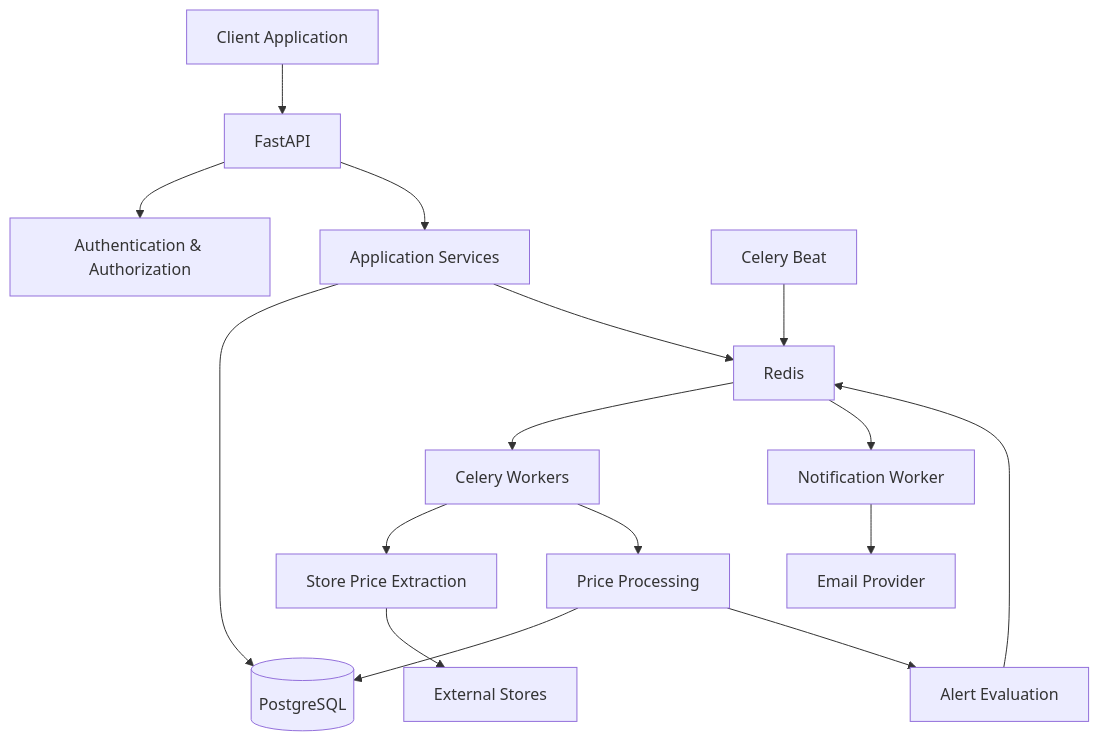
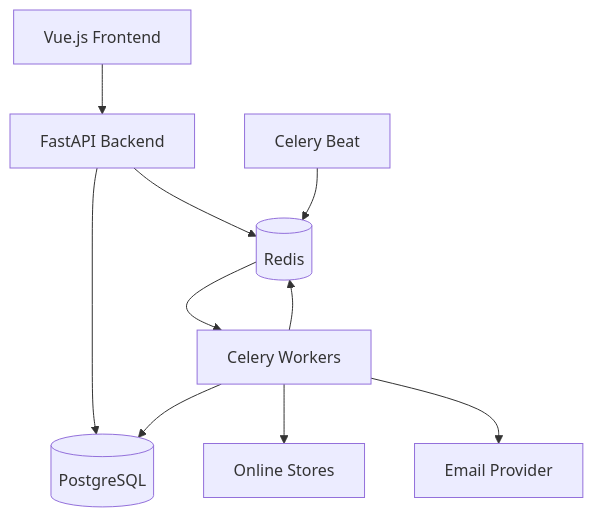
Before and after one commit to ar1jml/price-alerts: the diagram in README.md, drawn with Mermaid. The commit also changed other lines of this file, not shown here.

````diff
--- a/README.md
+++ b/README.md
@@ -69,18 +42,26 @@
 ```mermaid
 flowchart TD
-    A[Client Application] --> B[FastAPI]
-    B --> C[Authentication & Authorization]
-    B --> D[Application Services]
-    D --> E[(PostgreSQL)]
-    D --> F[Redis]
-    F --> G[Celery Workers]
-    H[Celery Beat] --> F
-    G --> I[Store Price Extraction]
-    I --> J[External Stores]
-    G --> K[Price Processing]
-    K --> E
-    K --> L[Alert Evaluation]
-    L --> F
-    F --> M[Notification Worker]
-    M --> N[Email Provider]
+    Client[Vue.js Frontend]
+    API[FastAPI Backend]
+
+    DB[(PostgreSQL)]
+    Redis[(Redis)]
+
+    Scheduler[Celery Beat]
+    Workers[Celery Workers]
+
+    Stores[Online Stores]
+    Email[Email Provider]
+
+    Client --> API
+    API --> DB
+    API --> Redis
+
+    Scheduler --> Redis
+    Redis --> Workers
+
+    Workers --> Stores
+    Workers --> DB
+    Workers --> Redis
+    Workers --> Email
 ```
````
